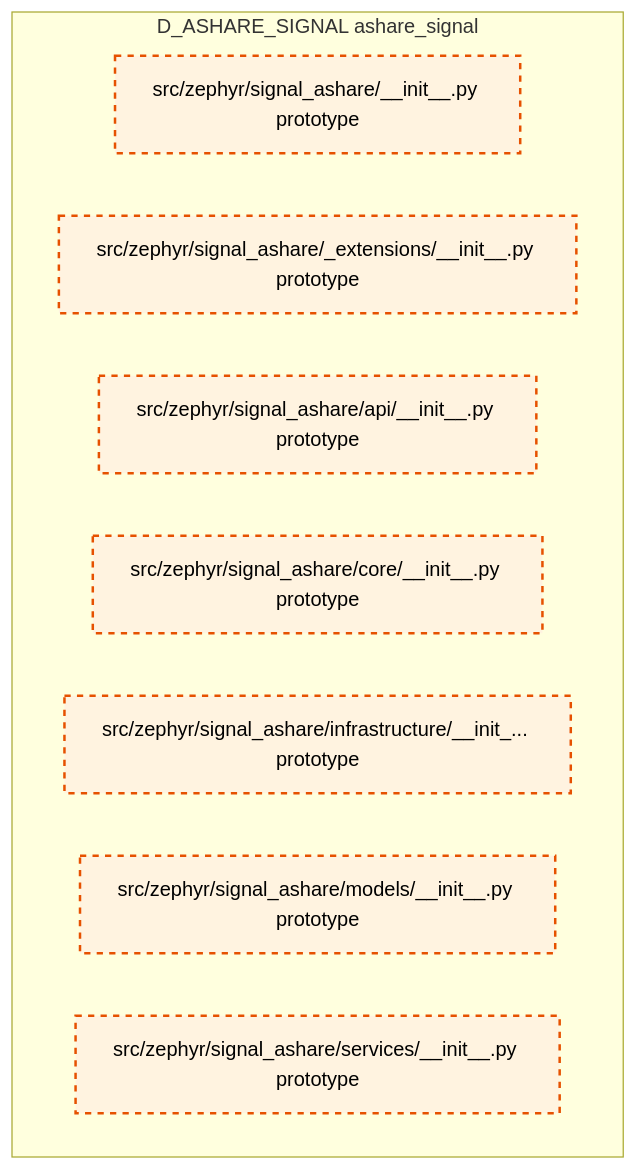
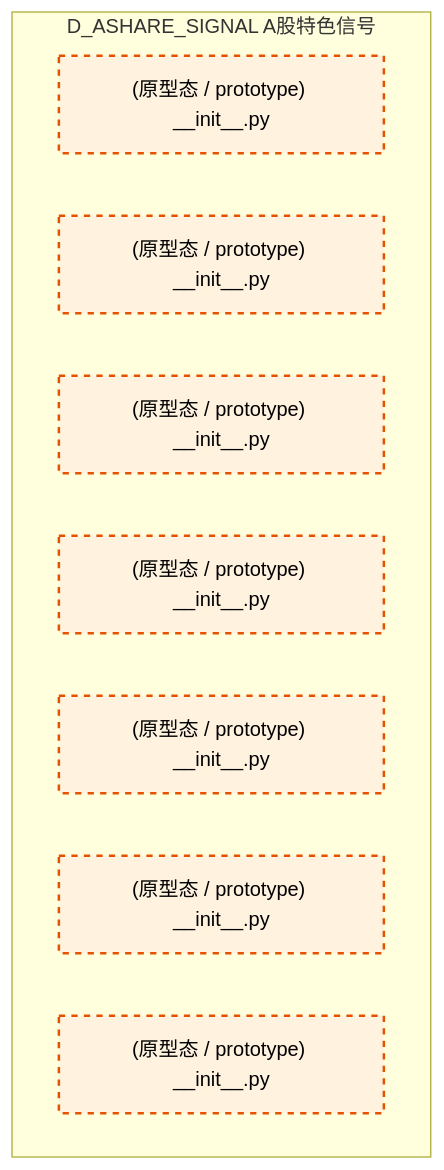
Before and after one commit to xuanFelixVan/ZephyrAlpha: the diagram in docs/02_enterprise_architecture/02_domain_architecture_docs/20_d_ashare_signal.md, drawn with Mermaid. The commit also changed other lines of this file and 100 other files, not shown here.

````diff
--- a/docs/02_enterprise_architecture/02_domain_architecture_docs/20_d_ashare_signal.md
+++ b/docs/02_enterprise_architecture/02_domain_architecture_docs/20_d_ashare_signal.md
@@ -47,17 +49,17 @@
 ```mermaid
 graph TD
-    subgraph D_ASHARE_SIGNAL["D_ASHARE_SIGNAL ashare_signal"]
-        src_zephyr_signal_ashare_init_py["src/zephyr/signal_ashare/__init__.py prototype"]
-        src_zephyr_signal_ashare_extensions_init_py["src/zephyr/signal_ashare/_extensions/__init__.py prototype"]
-        src_zephyr_signal_ashare_api_init_py["src/zephyr/signal_ashare/api/__init__.py prototype"]
-        src_zephyr_signal_ashare_core_init_py["src/zephyr/signal_ashare/core/__init__.py prototype"]
-        src_zephyr_signal_ashare_infrastructure_init_py["src/zephyr/signal_ashare/infrastructure/__init_... prototype"]
-        src_zephyr_signal_ashare_models_init_py["src/zephyr/signal_ashare/models/__init__.py prototype"]
-        src_zephyr_signal_ashare_services_init_py["src/zephyr/signal_ashare/services/__init__.py prototype"]
+    subgraph D_ASHARE_SIGNAL["D_ASHARE_SIGNAL A股特色信号"]
+        src_zephyr_signal_ashare_init_py["(原型态 / prototype) __init__.py"]
+        src_zephyr_signal_ashare_extensions_init_py["(原型态 / prototype) __init__.py"]
+        src_zephyr_signal_ashare_api_init_py["(原型态 / prototype) __init__.py"]
+        src_zephyr_signal_ashare_core_init_py["(原型态 / prototype) __init__.py"]
+        src_zephyr_signal_ashare_infrastructure_init_py["(原型态 / prototype) __init__.py"]
+        src_zephyr_signal_ashare_models_init_py["(原型态 / prototype) __init__.py"]
+        src_zephyr_signal_ashare_services_init_py["(原型态 / prototype) __init__.py"]
     end
     classDef production fill:#e1f5fe,stroke:#01579b,stroke-width:2px,color:#000
     classDef design fill:#fff3e0,stroke:#e65100,stroke-width:2px,color:#000,stroke-dasharray: 5 5
     classDef external_prod fill:#e8f5e9,stroke:#1b5e20,stroke-width:1px,color:#000
     classDef external_design fill:#fce4ec,stroke:#880e4f,stroke-width:1px,color:#000,stroke-dasharray: 5 5
     class src_zephyr_signal_ashare_init_py,src_zephyr_signal_ashare_extensions_init_py,src_zephyr_signal_ashare_api_init_py,src_zephyr_signal_ashare_core_init_py,src_zephyr_signal_ashare_infrastructure_init_py,src_zephyr_signal_ashare_models_init_py,src_zephyr_signal_ashare_services_init_py design
 ```
````
